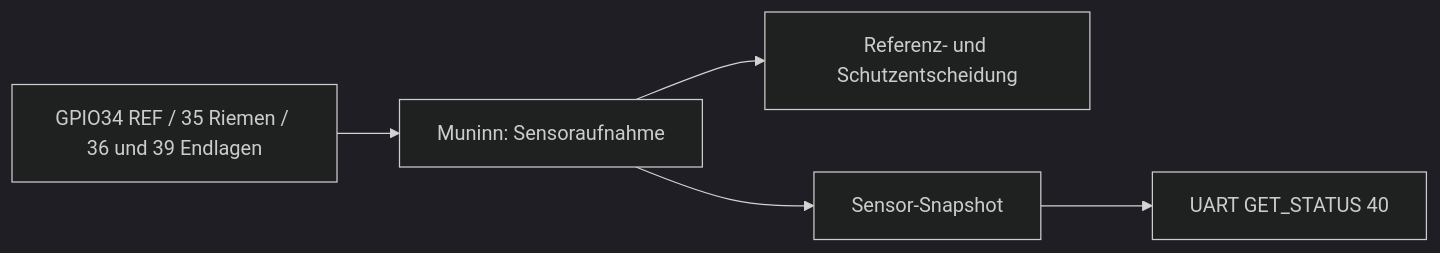
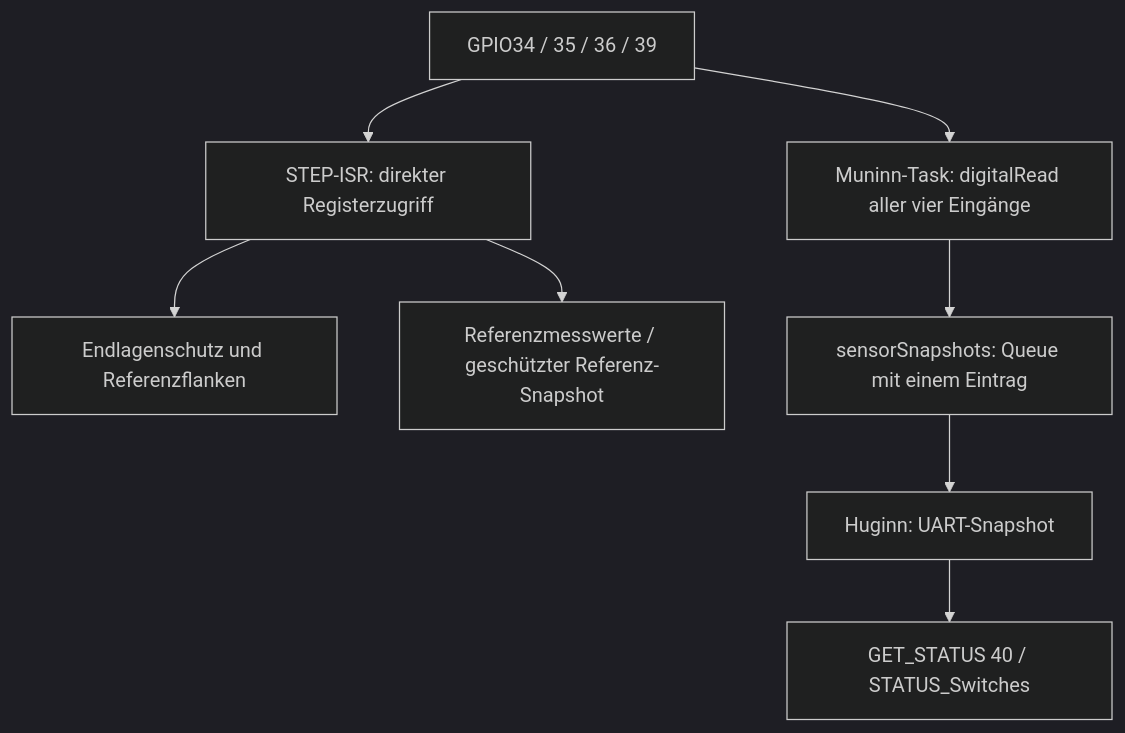
One commit to ErikaB-sys/Fiddle_yard_UVB changed the diagram in FY_ESP32/docs/Switches/README.md. Above: the diagram before and after it, drawn with Mermaid (dark theme). The commit also changed other lines of this file, not shown here.

Commit message:
docs(switches): clarify dual sensor read paths and German contracts (#174)

````diff
--- a/FY_ESP32/docs/Switches/README.md
+++ b/FY_ESP32/docs/Switches/README.md
@@ -9,7 +15,10 @@
 ```mermaid
-flowchart LR
-  G["GPIO34 REF / 35 Riemen / 36 und 39 Endlagen"] --> M["Muninn: Sensoraufnahme"]
-  M --> P["Referenz- und Schutzentscheidung"]
-  M --> S["Sensor-Snapshot"]
-  S --> U["UART GET_STATUS 40"]
+flowchart TD
+    G["GPIO34 / 35 / 36 / 39"] --> I["STEP-ISR: direkter Registerzugriff"]
+    G --> M["Muninn-Task: digitalRead aller vier Eingänge"]
+    I --> R["Endlagenschutz und Referenzflanken"]
+    I --> P["Referenzmesswerte / geschützter Referenz-Snapshot"]
+    M --> Q["sensorSnapshots: Queue mit einem Eintrag"]
+    Q --> H["Huginn: UART-Snapshot"]
+    H --> S["GET_STATUS 40 / STATUS_Switches"]
 ```
````
